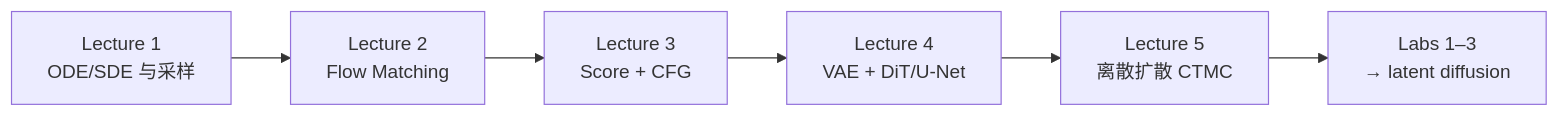
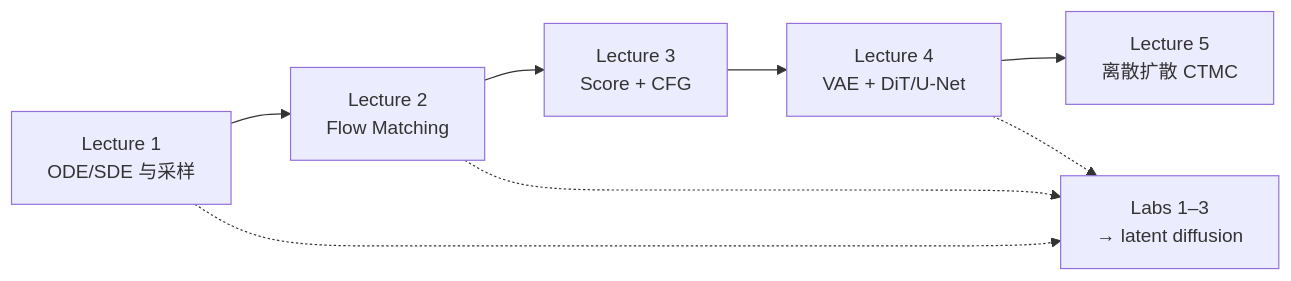
One commit to ImChong/Robotics_Notebooks changed the diagram in wiki/overview/mit-flow-matching-diffusion-2026.md. Above: the diagram before and after it, drawn with Mermaid. The commit also changed other lines of this file, not shown here.

````diff
--- a/wiki/overview/mit-flow-matching-diffusion-2026.md
+++ b/wiki/overview/mit-flow-matching-diffusion-2026.md
@@ -47,10 +47,13 @@
 ```mermaid
 flowchart LR
   L1["Lecture 1\nODE/SDE 与采样"]
   L2["Lecture 2\nFlow Matching"]
   L3["Lecture 3\nScore + CFG"]
   L4["Lecture 4\nVAE + DiT/U-Net"]
   L5["Lecture 5\n离散扩散 CTMC"]
   LAB["Labs 1–3\n→ latent diffusion"]
-  L1 --> L2 --> L3 --> L4 --> L5 --> LAB
+  L1 --> L2 --> L3 --> L4 --> L5
+  L1 -.-> LAB
+  L2 -.-> LAB
+  L4 -.-> LAB
 ```
````
